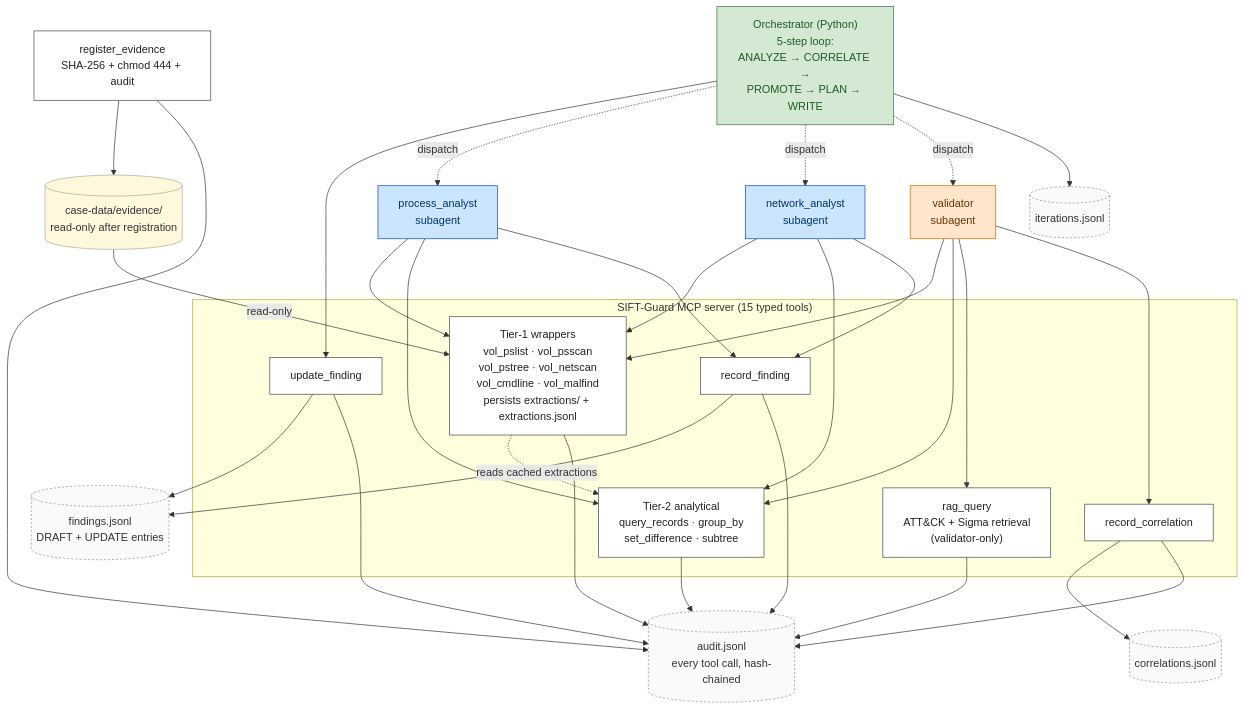
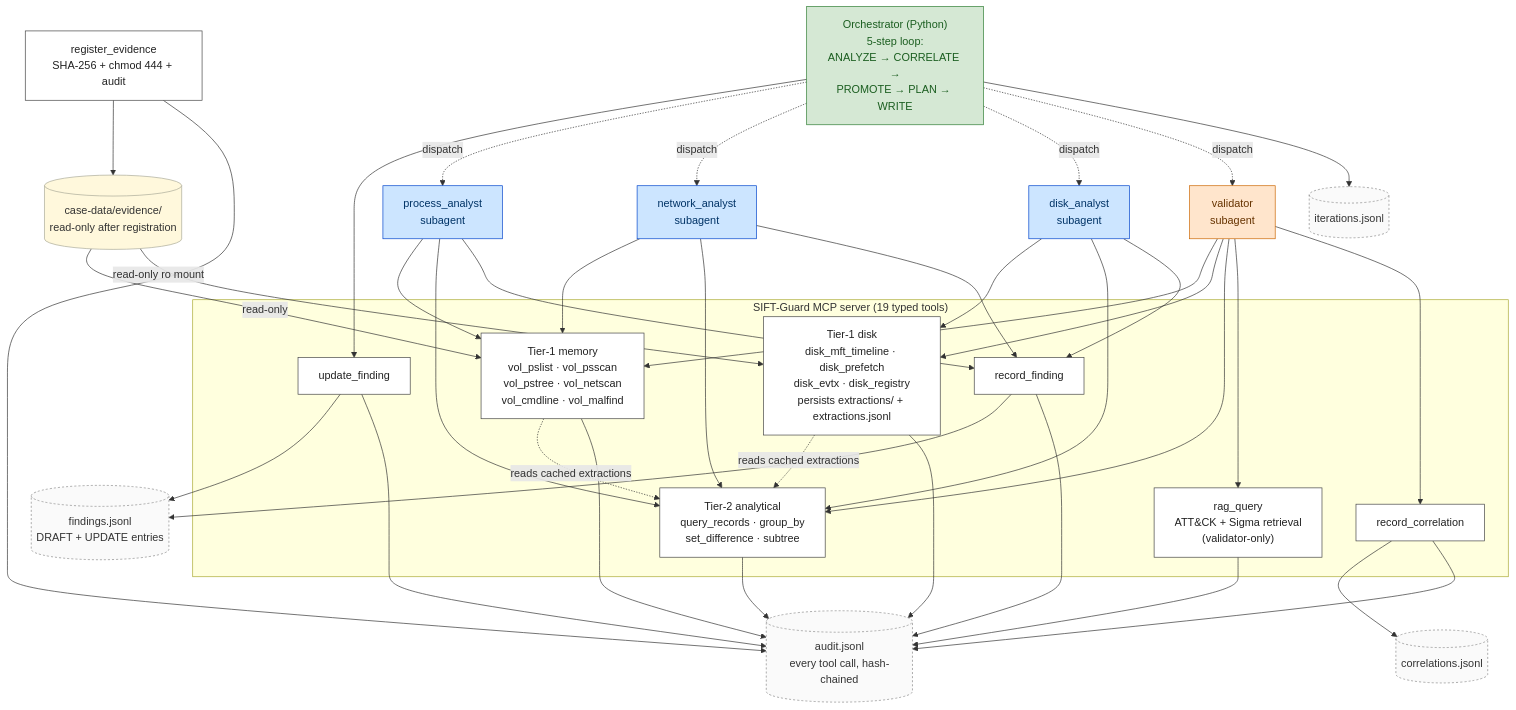
One commit to chang6chang/SIFT-Guard changed the diagram in README.md. Above: the diagram before and after it, drawn with Mermaid. The commit also changed other lines of this file and 19 other files, not shown here.

First line of the commit message:
feat(tools): add 4 disk-side tier-1 wrappers + disk_analyst subagent (19 MCP tools)

````diff
--- a/README.md
+++ b/README.md
@@ -29,8 +29,9 @@
     Reg --> EvDir
 
     %% --- MCP server tools ---
-    subgraph MCP["SIFT-Guard MCP server (15 typed tools)"]
-        Tier1["Tier-1 wrappers<br/>vol_pslist · vol_psscan<br/>vol_pstree · vol_netscan<br/>vol_cmdline · vol_malfind<br/>persists extractions/ + extractions.jsonl"]
+    subgraph MCP["SIFT-Guard MCP server (19 typed tools)"]
+        Tier1Mem["Tier-1 memory<br/>vol_pslist · vol_psscan<br/>vol_pstree · vol_netscan<br/>vol_cmdline · vol_malfind"]
+        Tier1Disk["Tier-1 disk<br/>disk_mft_timeline · disk_prefetch<br/>disk_evtx · disk_registry<br/>persists extractions/ + extractions.jsonl"]
         Tier2["Tier-2 analytical<br/>query_records · group_by<br/>set_difference · subtree"]
         RAG["rag_query<br/>ATT&CK + Sigma retrieval<br/>(validator-only)"]
         RecF["record_finding"]
@@ -38,21 +39,27 @@
         UpdF["update_finding"]
     end
 
-    EvDir -->|read-only| Tier1
-    Tier1 -.->|reads cached extractions| Tier2
+    EvDir -->|read-only| Tier1Mem
+    EvDir -->|read-only ro mount| Tier1Disk
+    Tier1Mem -.->|reads cached extractions| Tier2
+    Tier1Disk -.->|reads cached extractions| Tier2
 
     %% --- Subagents + orchestrator ---
     PA["process_analyst<br/>subagent"]
     NA["network_analyst<br/>subagent"]
+    DA["disk_analyst<br/>subagent"]
     Val["validator<br/>subagent"]
     Orch["Orchestrator (Python)<br/>5-step loop:<br/>ANALYZE → CORRELATE →<br/>PROMOTE → PLAN → WRITE"]
 
     %% Read paths.
-    PA --> Tier1
+    PA --> Tier1Mem
     PA --> Tier2
-    NA --> Tier1
+    NA --> Tier1Mem
     NA --> Tier2
-    Val --> Tier1
+    DA --> Tier1Disk
+    DA --> Tier2
+    Val --> Tier1Mem
+    Val --> Tier1Disk
     Val --> Tier2
 
     %% RAG retrieval: validator-only by frontmatter restriction.
@@ -61,12 +68,14 @@
     %% Write paths — role-restricted by frontmatter + schema.
     PA --> RecF
     NA --> RecF
+    DA --> RecF
     Val --> RecC
     Orch --> UpdF
 
     %% Control: orchestrator dispatches subagents.
     Orch -.->|dispatch| PA
     Orch -.->|dispatch| NA
+    Orch -.->|dispatch| DA
     Orch -.->|dispatch| Val
 
     %% --- Chains ---
@@ -81,7 +90,8 @@
     Orch --> Iters
 
     Reg --> Audit
-    Tier1 --> Audit
+    Tier1Mem --> Audit
+    Tier1Disk --> Audit
     Tier2 --> Audit
     RAG --> Audit
     RecF --> Audit
@@ -96,10 +106,10 @@
     classDef storage fill:#fff8dc,stroke:#aa9,color:#333
     classDef tool fill:#ffffff,stroke:#444,color:#222
 
-    class PA,NA analyst
+    class PA,NA,DA analyst
     class Val validator
     class Orch orchestrator
     class Findings,Corrs,Iters,Audit chain
     class EvDir storage
-    class Reg,Tier1,Tier2,RAG,RecF,RecC,UpdF tool
+    class Reg,Tier1Mem,Tier1Disk,Tier2,RAG,RecF,RecC,UpdF tool
 ```
````
